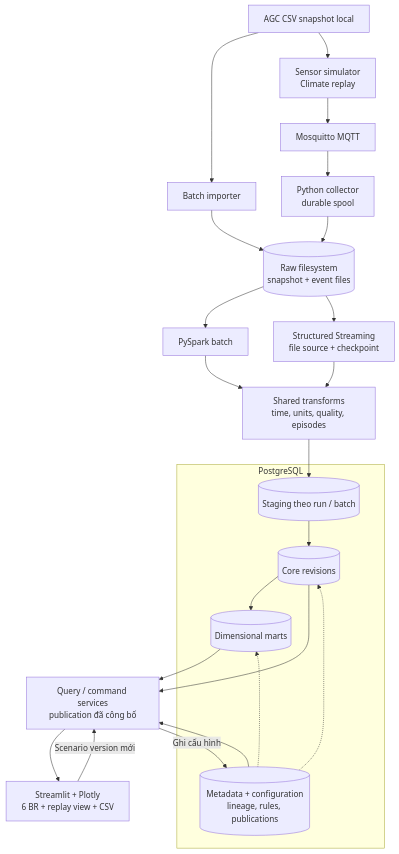
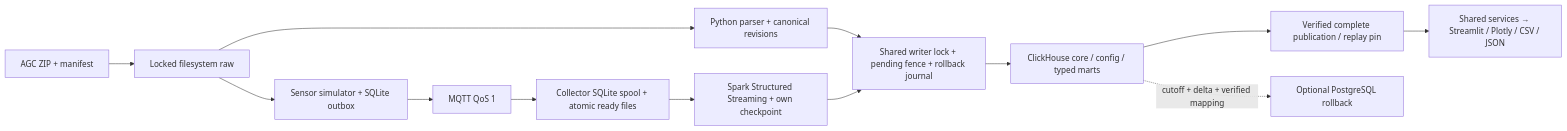
Before and after one commit to arcanine525/smart-green-house: the diagram in readme.md, drawn with Mermaid. The commit also changed other lines of this file and 47 other files, not shown here.

Commit message:
Document the native ClickHouse stack and verified delivery evidence

````diff
--- a/readme.md
+++ b/readme.md
@@ -148,30 +90,14 @@
 ```mermaid
-flowchart TB
-    SOURCE["AGC CSV snapshot local"]
-    SOURCE --> IMPORT["Batch importer"]
-    SOURCE --> SIM["Sensor simulator<br/>Climate replay"]
-    SIM --> MQTT["Mosquitto MQTT"]
-    MQTT --> COLLECTOR["Python collector<br/>durable spool"]
-    IMPORT --> RAW[("Raw filesystem<br/>snapshot + event files")]
-    COLLECTOR --> RAW
-    RAW --> BATCH["PySpark batch"]
-    RAW --> STREAM["Structured Streaming<br/>file source + checkpoint"]
-    BATCH --> TRANSFORM["Shared transforms<br/>time, units, quality, episodes"]
-    STREAM --> TRANSFORM
-    subgraph PG["PostgreSQL"]
-        STAGING[("Staging theo run / batch")]
-        CORE[("Core revisions")]
-        MART[("Dimensional marts")]
-        META[("Metadata + configuration<br/>lineage, rules, publications")]
-        STAGING --> CORE --> MART
-        META -.-> CORE
-        META -.-> MART
-    end
-    TRANSFORM --> STAGING
-    MART --> SERVICE["Query / command services<br/>publication đã công bố"]
-    CORE --> SERVICE
-    META --> SERVICE
-    SERVICE --> UI["Streamlit + Plotly<br/>6 BR + replay view + CSV"]
-    UI -->|"Scenario version mới"| SERVICE
-    SERVICE -->|"Ghi cấu hình"| META
+flowchart LR
+    ZIP["AGC ZIP + manifest"] --> RAW["Locked filesystem raw"]
+    RAW --> BATCH["Python parser + canonical revisions"]
+    RAW --> SIM["Sensor simulator + SQLite outbox"]
+    SIM --> MQTT["MQTT QoS 1"] --> COL["Collector SQLite spool + atomic ready files"]
+    COL --> SPARK["Spark Structured Streaming + own checkpoint"]
+    BATCH --> WRITE["Shared writer lock + pending fence + rollback journal"]
+    SPARK --> WRITE
+    WRITE --> CH["ClickHouse core / config / typed marts"]
+    CH --> SEAL["Verified complete publication / replay pin"]
+    SEAL --> UI["Shared services → Streamlit / Plotly / CSV / JSON"]
+    CH -. "cutoff + delta + verified mapping" .-> PG["Optional PostgreSQL rollback"]
 ```
````
